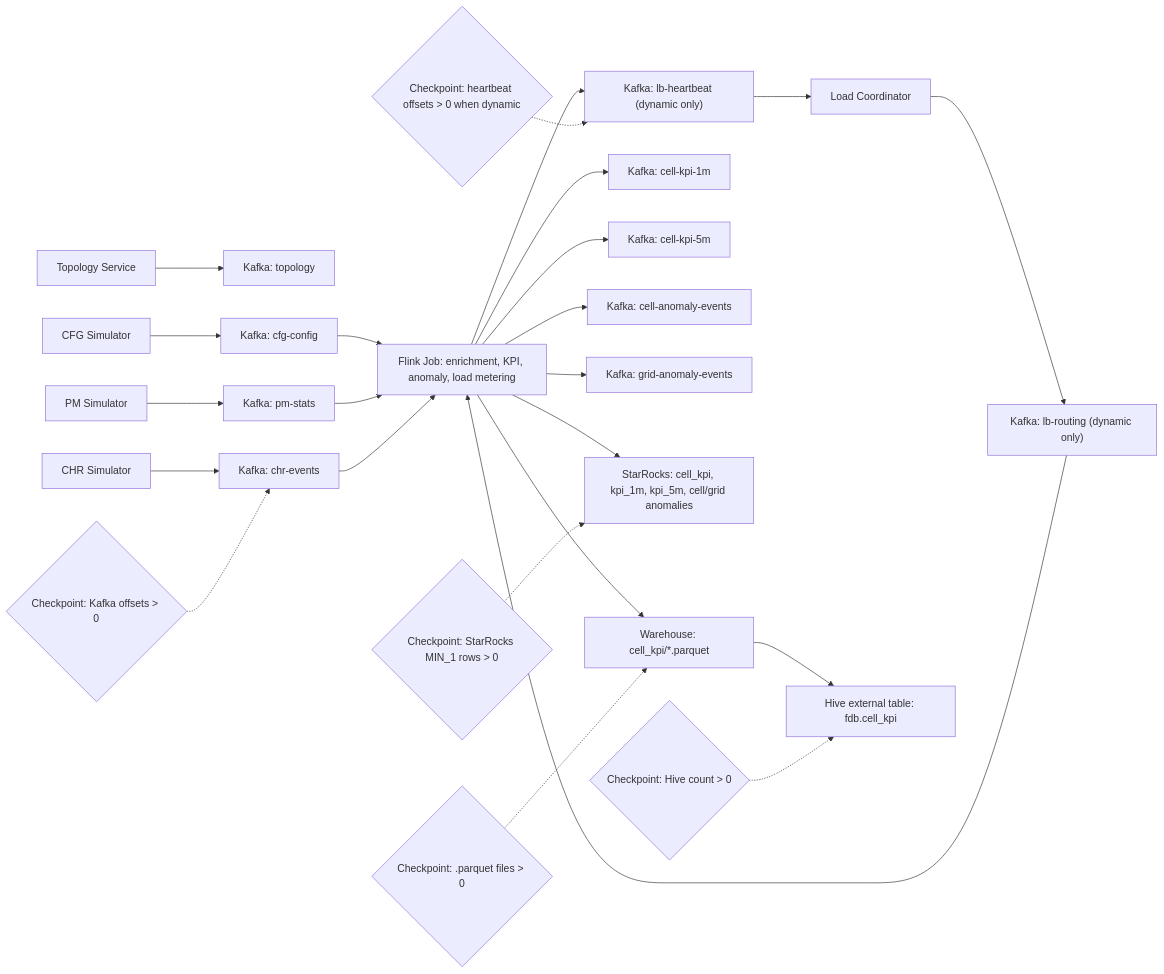
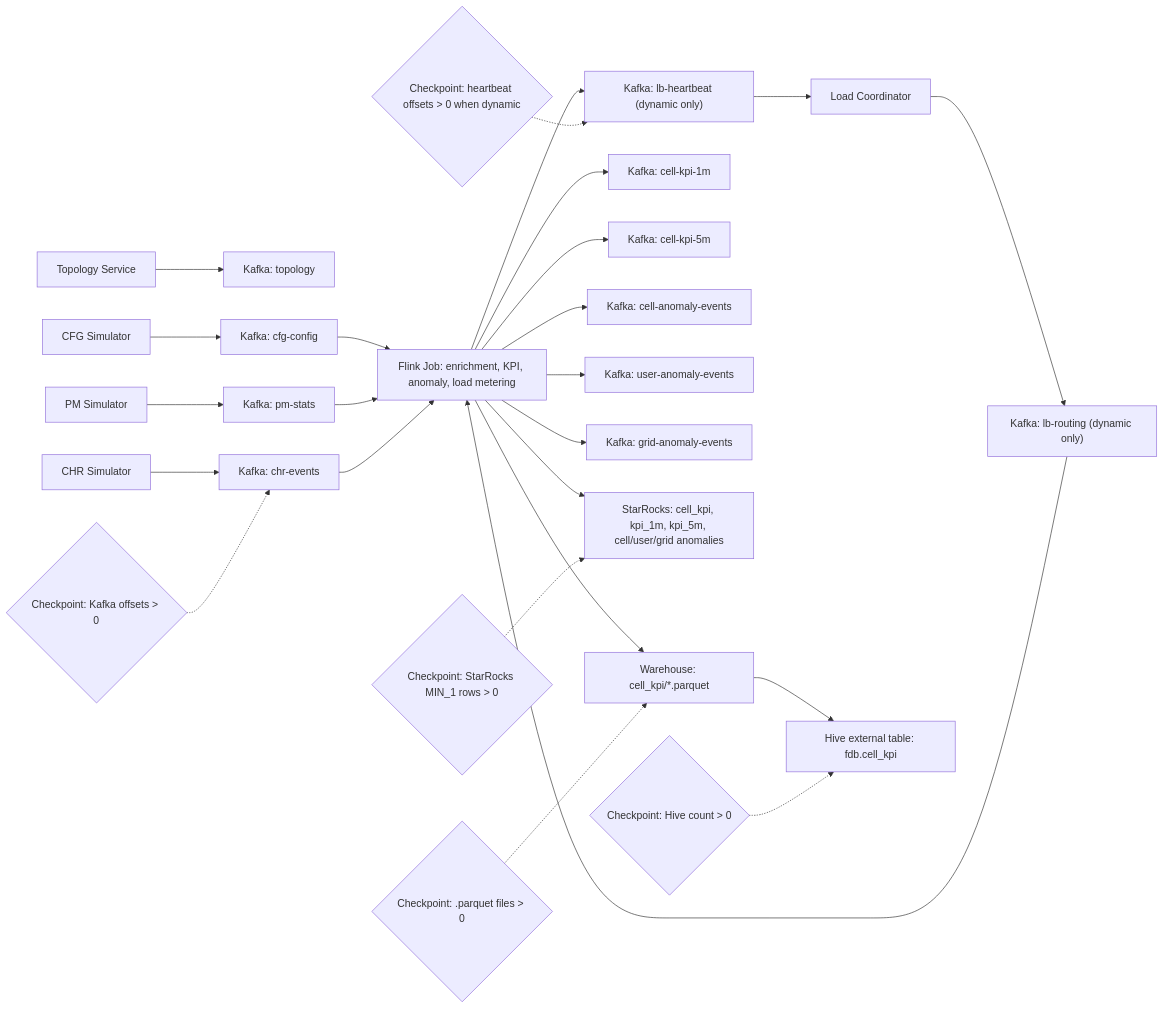
Before and after one commit to w00125533/flink-data-balance: the diagram in README.md, drawn with Mermaid. The commit also changed other lines of this file and 1 other file, not shown here.

Commit message:
docs: mark entity anomaly CEP implementation status

````diff
--- a/README.md
+++ b/README.md
@@ -315,30 +317,31 @@
 ```mermaid
 flowchart LR
     TG["Topology Service"] --> KTopology["Kafka: topology"]
     Cfg["CFG Simulator"] --> KCfg["Kafka: cfg-config"]
     Pm["PM Simulator"] --> KPm["Kafka: pm-stats"]
     CHR["CHR Simulator"] --> KCHR["Kafka: chr-events"]
 
     KCfg --> Flink["Flink Job: enrichment, KPI, anomaly, load metering"]
     KPm --> Flink
     KCHR --> Flink
     KRouting["Kafka: lb-routing (dynamic only)"] --> Flink
 
     Flink --> KHeartbeat["Kafka: lb-heartbeat (dynamic only)"]
     KHeartbeat --> Coordinator["Load Coordinator"]
     Coordinator --> KRouting
 
     Flink --> KKpi1m["Kafka: cell-kpi-1m"]
     Flink --> KKpi5m["Kafka: cell-kpi-5m"]
     Flink --> KCellAnomaly["Kafka: cell-anomaly-events"]
+    Flink --> KUserAnomaly["Kafka: user-anomaly-events"]
     Flink --> KGridAnomaly["Kafka: grid-anomaly-events"]
-    Flink --> StarRocks["StarRocks: cell_kpi, kpi_1m, kpi_5m, cell/grid anomalies"]
+    Flink --> StarRocks["StarRocks: cell_kpi, kpi_1m, kpi_5m, cell/user/grid anomalies"]
     Flink --> Parquet["Warehouse: cell_kpi/*.parquet"]
     Parquet --> Hive["Hive external table: fdb.cell_kpi"]
 
     CheckKafka{"Checkpoint: Kafka offsets > 0"} -.-> KCHR
     CheckStarRocks{"Checkpoint: StarRocks MIN_1 rows > 0"} -.-> StarRocks
     CheckHeartbeat{"Checkpoint: heartbeat offsets > 0 when dynamic"} -.-> KHeartbeat
     CheckParquet{"Checkpoint: .parquet files > 0"} -.-> Parquet
     CheckHive{"Checkpoint: Hive count > 0"} -.-> Hive
 ```
````
